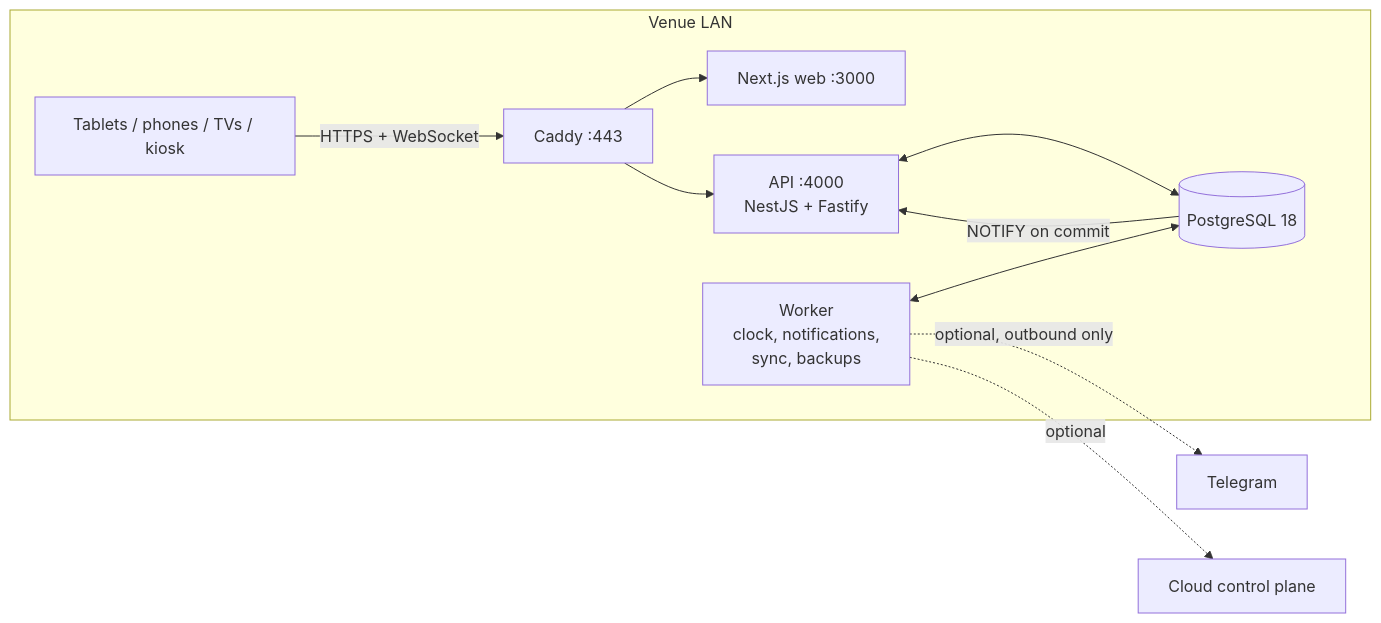
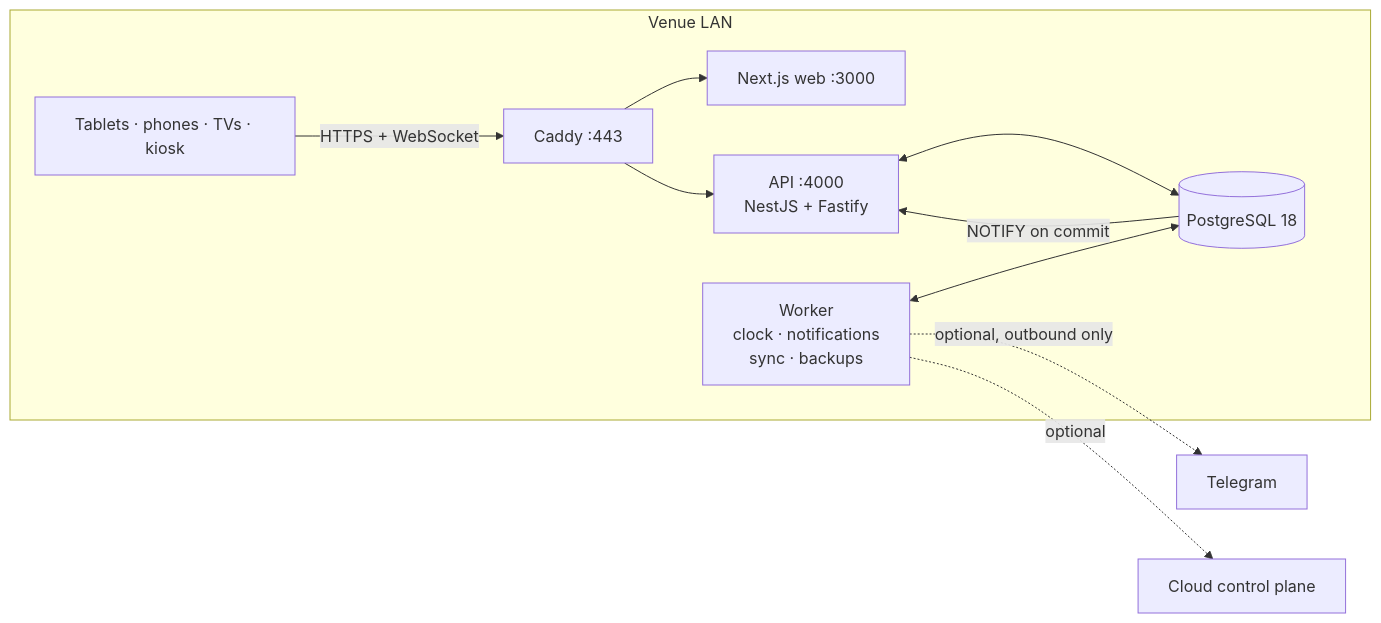
Before and after one commit to kr0nsch/poker-club-os: the diagram in README.md, drawn with Mermaid. The commit also changed other lines of this file and 13 other files, not shown here.

````diff
--- a/README.md
+++ b/README.md
@@ -18,13 +113,13 @@
 ```mermaid
 flowchart LR
-  subgraph Venue LAN
-    T[Tablets / phones / TVs / kiosk] -- HTTPS + WebSocket --> C[Caddy :443]
-    C --> W[Next.js web :3000]
-    C --> A[API :4000<br/>NestJS + Fastify]
-    A <--> P[(PostgreSQL 18)]
-    K[Worker<br/>clock, notifications,<br/>sync, backups] <--> P
-    P -- NOTIFY on commit --> A
+  subgraph LAN["Venue LAN"]
+    D["Tablets · phones · TVs · kiosk"] -- "HTTPS + WebSocket" --> C["Caddy :443"]
+    C --> W["Next.js web :3000"]
+    C --> A["API :4000<br/>NestJS + Fastify"]
+    A <--> P[("PostgreSQL 18")]
+    K["Worker<br/>clock · notifications<br/>sync · backups"] <--> P
+    P -- "NOTIFY on commit" --> A
   end
-  K -. optional, outbound only .-> TG[Telegram]
-  K -. optional .-> CL[Cloud control plane]
+  K -. "optional, outbound only" .-> TG["Telegram"]
+  K -. optional .-> CL["Cloud control plane"]
 ```
````
